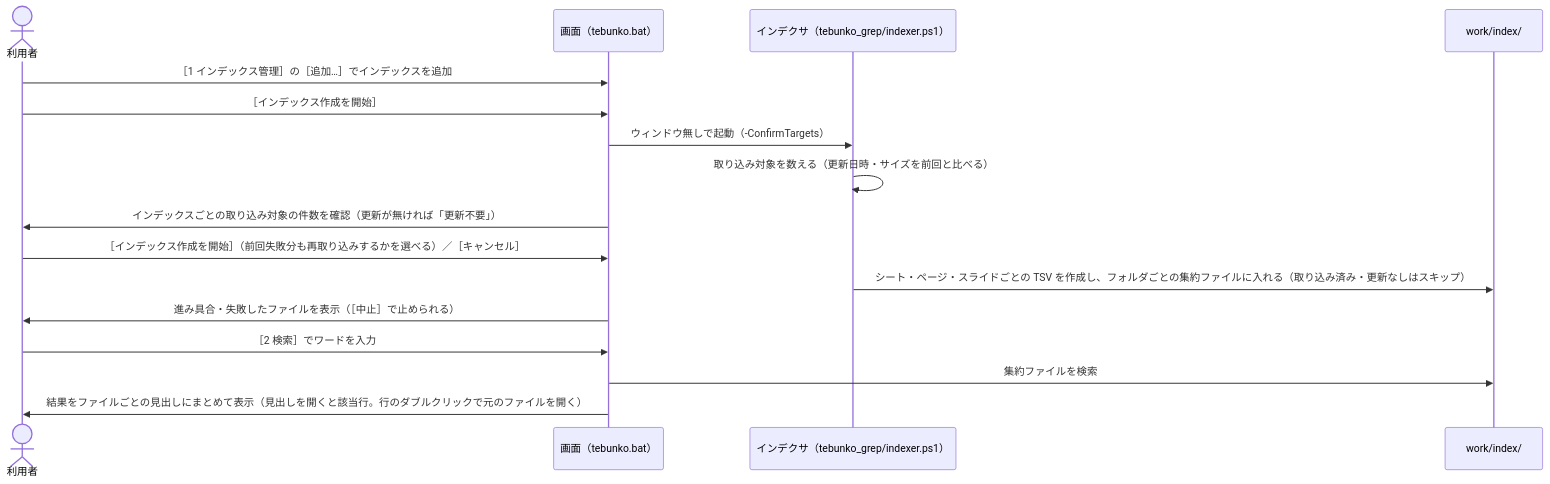
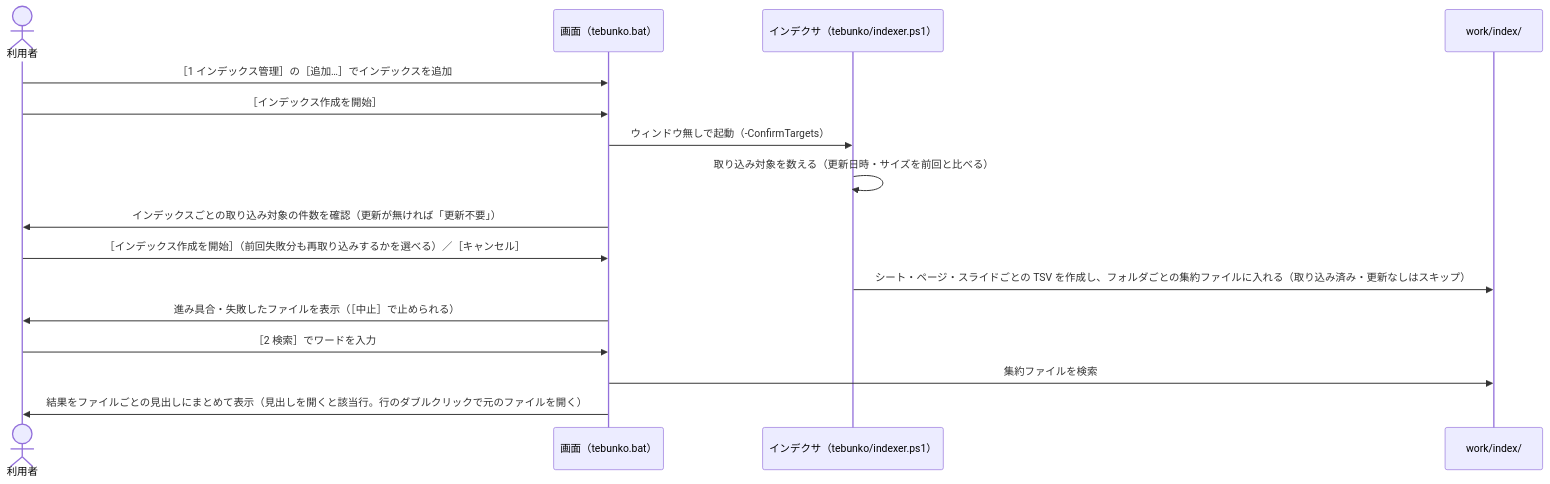
Before and after one commit to hsgwa/tebunko: the second of 2 diagrams in docs/00_index.md, drawn with Mermaid. The commit also changed other lines of this file and 169 other files, not shown here.

````diff
--- a/docs/00_index.md
+++ b/docs/00_index.md
@@ -159,19 +159,19 @@
 ```mermaid
 sequenceDiagram
     actor U as 利用者
     participant G as 画面（tebunko.bat）
-    participant CV as インデクサ（tebunko_grep/indexer.ps1）
+    participant CV as インデクサ（tebunko/indexer.ps1）
     participant W as work/index/
 
     U->>G: ［1 インデックス管理］の［追加…］でインデックスを追加
     U->>G: ［インデックス作成を開始］
     G->>CV: ウィンドウ無しで起動（-ConfirmTargets）
     CV->>CV: 取り込み対象を数える（更新日時・サイズを前回と比べる）
     G->>U: インデックスごとの取り込み対象の件数を確認（更新が無ければ「更新不要」）
     U->>G: ［インデックス作成を開始］（前回失敗分も再取り込みするかを選べる）／［キャンセル］
     CV->>W: シート・ページ・スライドごとの TSV を作成し、フォルダごとの集約ファイルに入れる（取り込み済み・更新なしはスキップ）
     G->>U: 進み具合・失敗したファイルを表示（［中止］で止められる）
     U->>G: ［2 検索］でワードを入力
     G->>W: 集約ファイルを検索
     G->>U: 結果をファイルごとの見出しにまとめて表示（見出しを開くと該当行。行のダブルクリックで元のファイルを開く）
 ```
````
